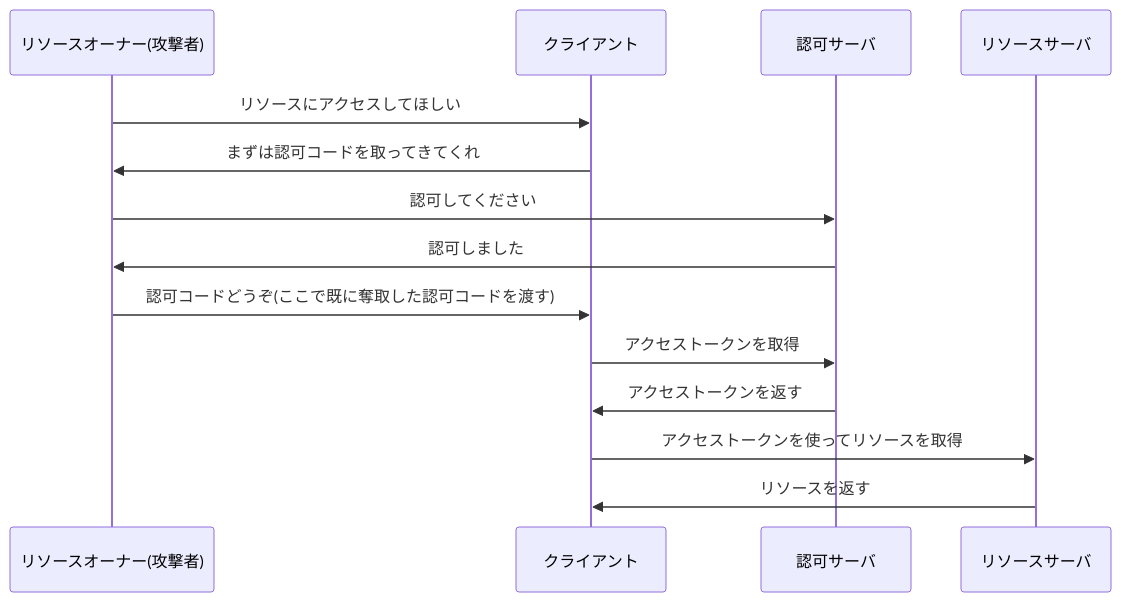
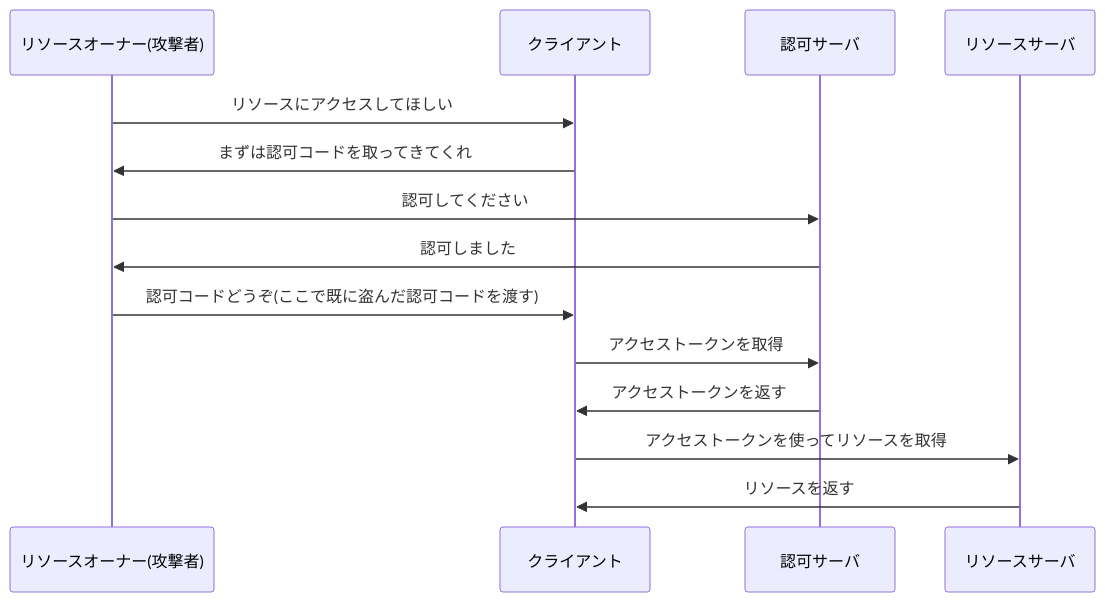
One commit to calloc134/zenn-dir changed the seventh of 17 diagrams in articles/5e8da6c491e720.md. Above: the diagram before and after it, drawn with Mermaid. The commit also changed other lines of this file, not shown here.

Commit message:
表現をわかりやすく修正

````diff
--- a/articles/5e8da6c491e720.md
+++ b/articles/5e8da6c491e720.md
@@ -875,17 +875,17 @@
 ```mermaid
 sequenceDiagram
     participant リソースオーナー(攻撃者)
     participant クライアント
     participant 認可サーバ
     participant リソースサーバ
 
     リソースオーナー(攻撃者)->>クライアント: リソースにアクセスしてほしい
     クライアント->>リソースオーナー(攻撃者): まずは認可コードを取ってきてくれ
     リソースオーナー(攻撃者)->>認可サーバ: 認可してください
     認可サーバ->>リソースオーナー(攻撃者): 認可しました
-    リソースオーナー(攻撃者)->>クライアント: 認可コードどうぞ(ここで既に奪取した認可コードを渡す)
+    リソースオーナー(攻撃者)->>クライアント: 認可コードどうぞ(ここで既に盗んだ認可コードを渡す)
     クライアント->>認可サーバ: アクセストークンを取得
     認可サーバ->>クライアント: アクセストークンを返す
     クライアント->>リソースサーバ: アクセストークンを使ってリソースを取得
     リソースサーバ->>クライアント: リソースを返す
 ```
````
